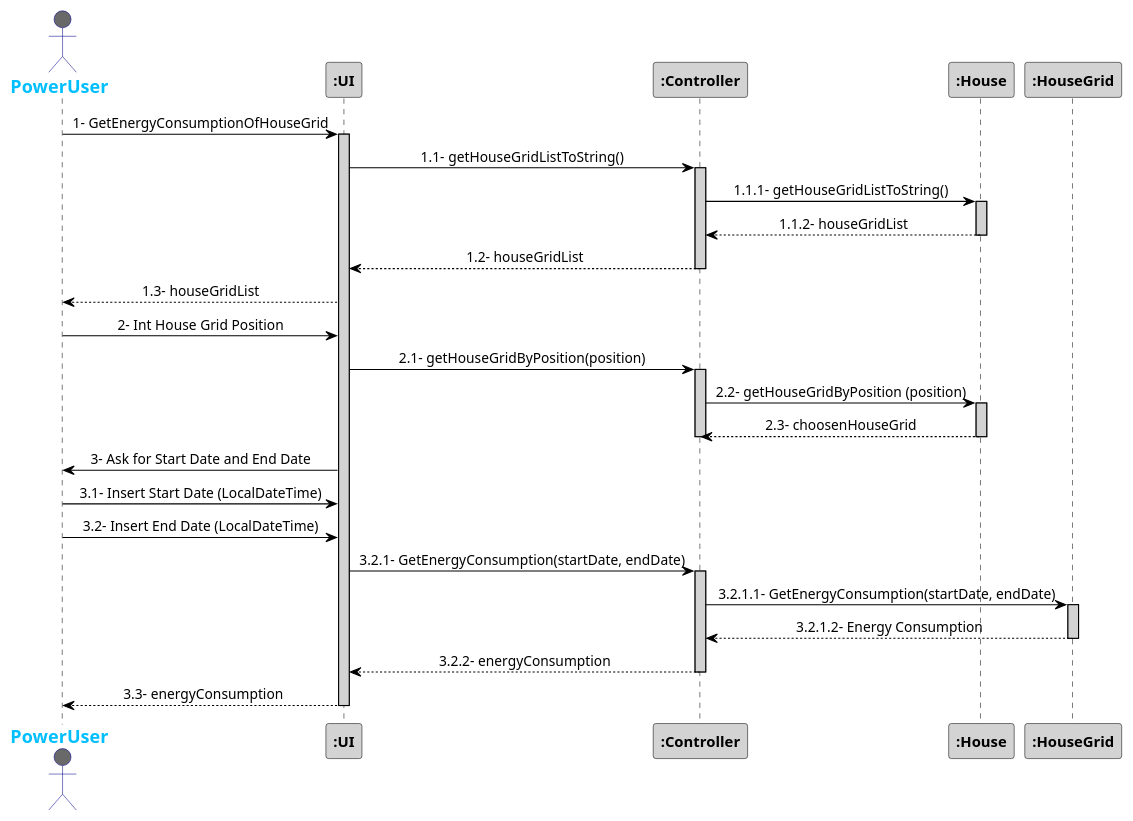
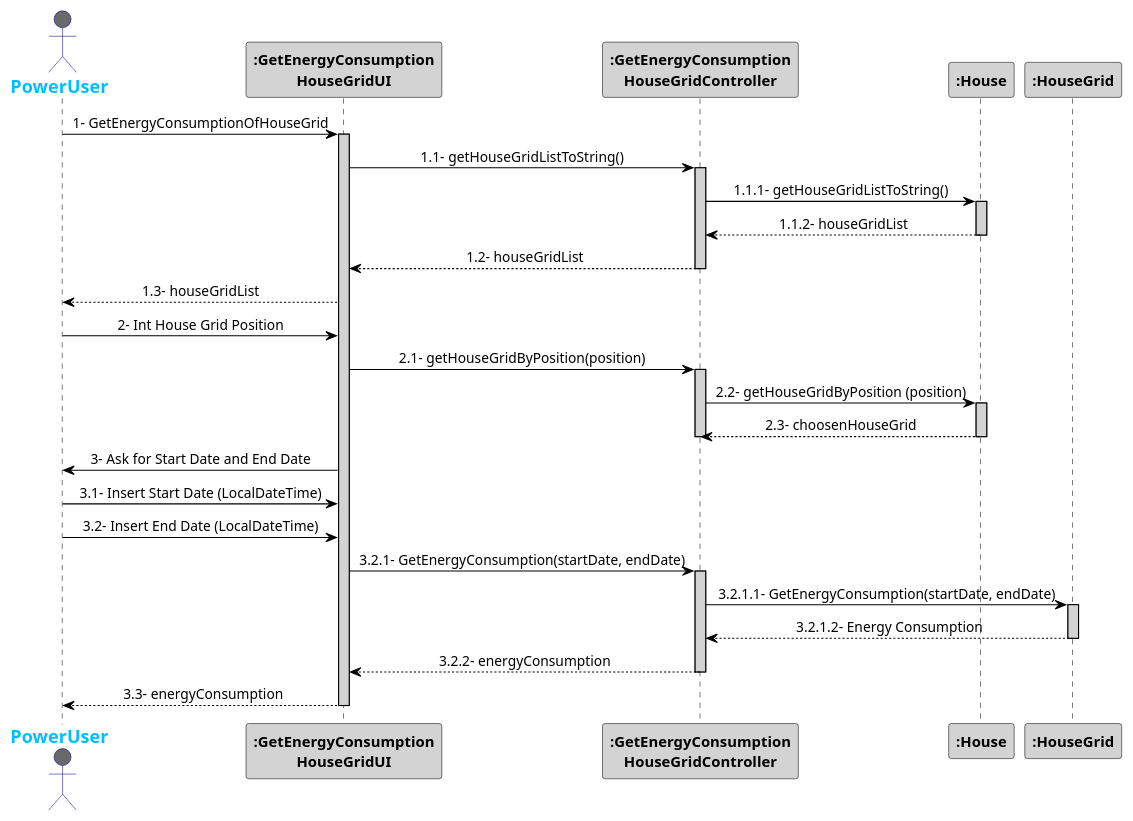
One commit to 1181687/hateoasToy changed the diagram in src/Docs/Sprint3/GetEnergyConsumptionHouseGridInterval.puml. Above: the diagram before and after it, drawn with PlantUML. The commit also changed 1 other file, not shown here.

Commit message:
More changes on sequence diagrams DeleteDeviceFromRoom and GetEneryConsumptionHouseGridInterval

```diff
--- a/src/Docs/Sprint3/GetEnergyConsumptionHouseGridInterval.puml
+++ b/src/Docs/Sprint3/GetEnergyConsumptionHouseGridInterval.puml
@@ -1,57 +1,57 @@
 @startuml
 skinparam sequenceMessageAlign center
 skinparam sequence {
 	ArrowColor Black
 	ActorBorderColor DarkBlue
 	LifeLineBorderColor black
 	LifeLineBackgroundColor LightGrey
 
 	ParticipantBorderColor Black
 	ParticipantBackgroundColor LightGrey
 	ParticipantFontStyle Bold
 
 	ActorBackgroundColor DimGrey
 	ActorFontColor DeepSkyBlue
 	ActorFontStyle Bold
 	ActorFontSize 17
 	ActorFontName Aapex
 }
 
 actor PowerUser
-PowerUser -> ":UI": 1- GetEnergyConsumptionOfHouseGrid
-activate ":UI"
-":UI" -> ":Controller": 1.1- getHouseGridListToString()
-activate ":Controller"
-":Controller" -> ":House": 1.1.1- getHouseGridListToString()
+PowerUser -> ":GetEnergyConsumption\nHouseGridUI": 1- GetEnergyConsumptionOfHouseGrid
+activate ":GetEnergyConsumption\nHouseGridUI"
+":GetEnergyConsumption\nHouseGridUI" -> ":GetEnergyConsumption\nHouseGridController": 1.1- getHouseGridListToString()
+activate ":GetEnergyConsumption\nHouseGridController"
+":GetEnergyConsumption\nHouseGridController" -> ":House": 1.1.1- getHouseGridListToString()
 activate ":House"
-":Controller" <-- ":House": 1.1.2- houseGridList
+":GetEnergyConsumption\nHouseGridController" <-- ":House": 1.1.2- houseGridList
 deactivate ":House"
-":UI" <-- ":Controller": 1.2- houseGridList
-deactivate ":Controller"
-PowerUser <-- ":UI": 1.3- houseGridList
+":GetEnergyConsumption\nHouseGridUI" <-- ":GetEnergyConsumption\nHouseGridController": 1.2- houseGridList
+deactivate ":GetEnergyConsumption\nHouseGridController"
+PowerUser <-- ":GetEnergyConsumption\nHouseGridUI": 1.3- houseGridList
 
-PowerUser -> ":UI": 2- Int House Grid Position
-":UI" -> ":Controller": 2.1- getHouseGridByPosition(position)
-activate ":Controller"
-":Controller" -> ":House": 2.2- getHouseGridByPosition (position)
+PowerUser -> ":GetEnergyConsumption\nHouseGridUI": 2- Int House Grid Position
+":GetEnergyConsumption\nHouseGridUI" -> ":GetEnergyConsumption\nHouseGridController": 2.1- getHouseGridByPosition(position)
+activate ":GetEnergyConsumption\nHouseGridController"
+":GetEnergyConsumption\nHouseGridController" -> ":House": 2.2- getHouseGridByPosition (position)
 activate ":House"
-":Controller" <-- ":House": 2.3- choosenHouseGrid
-deactivate ":Controller"
+":GetEnergyConsumption\nHouseGridController" <-- ":House": 2.3- choosenHouseGrid
+deactivate ":GetEnergyConsumption\nHouseGridController"
 deactivate ":House"
 
-PowerUser <- ":UI": 3- Ask for Start Date and End Date
+PowerUser <- ":GetEnergyConsumption\nHouseGridUI": 3- Ask for Start Date and End Date
 
-PowerUser -> ":UI": 3.1- Insert Start Date (LocalDateTime)
-PowerUser -> ":UI": 3.2- Insert End Date (LocalDateTime)
-":UI" -> ":Controller": 3.2.1- GetEnergyConsumption(startDate, endDate)
-activate ":Controller"
-":Controller" -> ":HouseGrid": 3.2.1.1- GetEnergyConsumption(startDate, endDate)
+PowerUser -> ":GetEnergyConsumption\nHouseGridUI": 3.1- Insert Start Date (LocalDateTime)
+PowerUser -> ":GetEnergyConsumption\nHouseGridUI": 3.2- Insert End Date (LocalDateTime)
+":GetEnergyConsumption\nHouseGridUI" -> ":GetEnergyConsumption\nHouseGridController": 3.2.1- GetEnergyConsumption(startDate, endDate)
+activate ":GetEnergyConsumption\nHouseGridController"
+":GetEnergyConsumption\nHouseGridController" -> ":HouseGrid": 3.2.1.1- GetEnergyConsumption(startDate, endDate)
 activate ":HouseGrid"
-":Controller" <-- ":HouseGrid": 3.2.1.2- Energy Consumption
+":GetEnergyConsumption\nHouseGridController" <-- ":HouseGrid": 3.2.1.2- Energy Consumption
 deactivate ":HouseGrid"
-":UI" <-- ":Controller": 3.2.2- energyConsumption
-deactivate ":Controller"
-PowerUser <-- ":UI": 3.3- energyConsumption
-deactivate ":UI"
+":GetEnergyConsumption\nHouseGridUI" <-- ":GetEnergyConsumption\nHouseGridController": 3.2.2- energyConsumption
+deactivate ":GetEnergyConsumption\nHouseGridController"
+PowerUser <-- ":GetEnergyConsumption\nHouseGridUI": 3.3- energyConsumption
+deactivate ":GetEnergyConsumption\nHouseGridUI"
 
 @enduml
```
